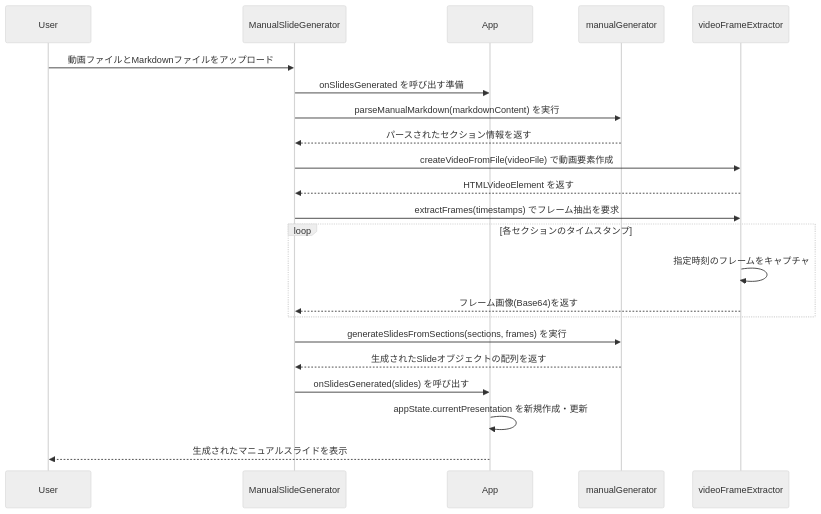
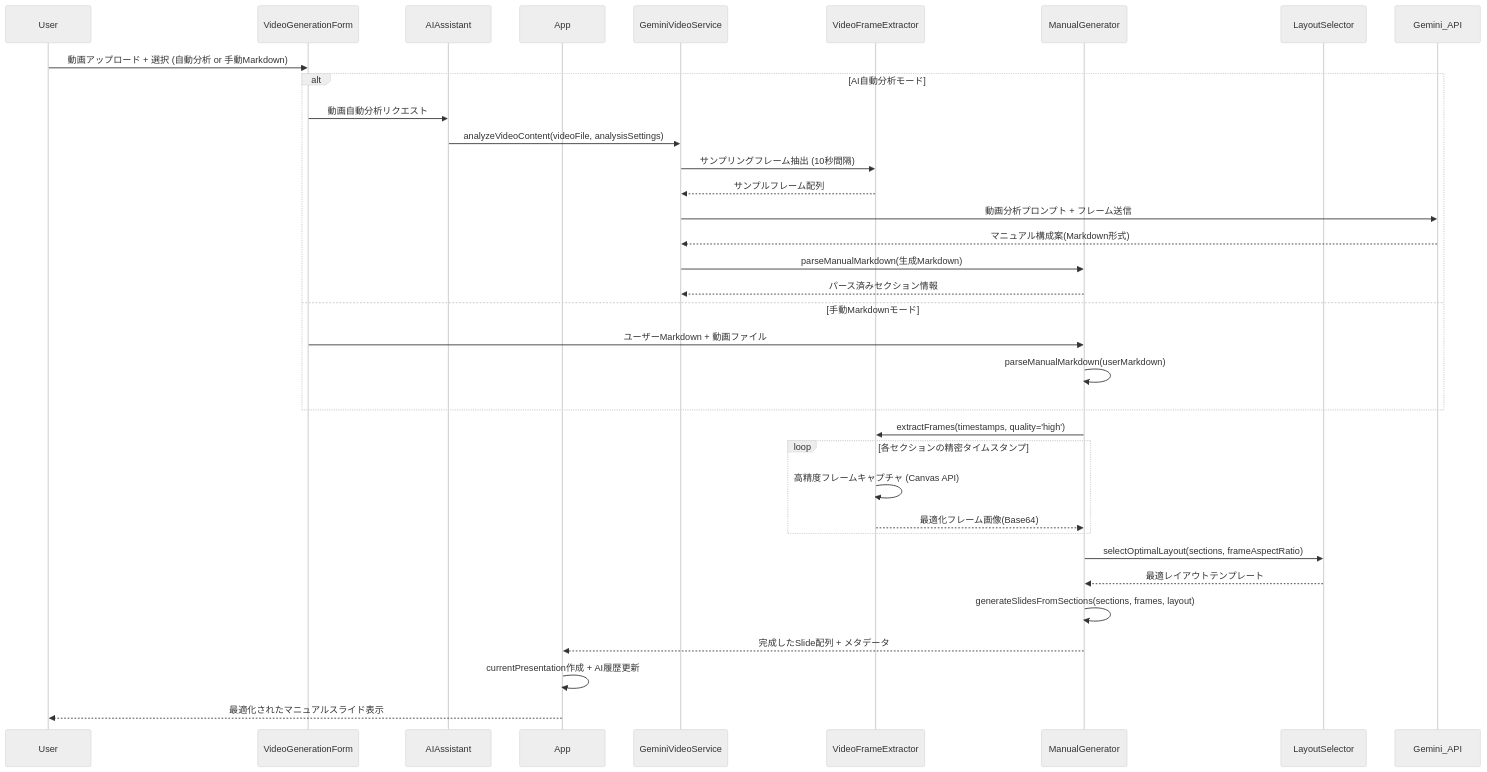
Before and after one commit to t2k2pp/SlideMaster: the third of 3 diagrams in docs/03_Detailed_Design.md, drawn with Mermaid (neutral theme). The commit also changed other lines of this file and 8 other files, not shown here.

````diff
--- a/docs/03_Detailed_Design.md
+++ b/docs/03_Detailed_Design.md
@@ -93,25 +314,47 @@
 ```mermaid
 sequenceDiagram
     participant User
-    participant ManualSlideGenerator
+    participant VideoGenerationForm
+    participant AIAssistant
     participant App
-    participant manualGenerator
-    participant videoFrameExtractor
+    participant GeminiVideoService
+    participant VideoFrameExtractor
+    participant ManualGenerator
+    participant LayoutSelector
+    participant Gemini_API
 
-    User->>ManualSlideGenerator: 動画ファイルとMarkdownファイルをアップロード
-    ManualSlideGenerator->>App: onSlidesGenerated を呼び出す準備
-    ManualSlideGenerator->>manualGenerator: parseManualMarkdown(markdownContent) を実行
-    manualGenerator-->>ManualSlideGenerator: パースされたセクション情報を返す
-    ManualSlideGenerator->>videoFrameExtractor: createVideoFromFile(videoFile) で動画要素作成
-    videoFrameExtractor-->>ManualSlideGenerator: HTMLVideoElement を返す
-    ManualSlideGenerator->>videoFrameExtractor: extractFrames(timestamps) でフレーム抽出を要求
-    loop 各セクションのタイムスタンプ
-        videoFrameExtractor->>videoFrameExtractor: 指定時刻のフレームをキャプチャ
-        videoFrameExtractor-->>ManualSlideGenerator: フレーム画像(Base64)を返す
+    User->>VideoGenerationForm: 動画アップロード + 選択 (自動分析 or 手動Markdown)
+    
+    alt AI自動分析モード
+        VideoGenerationForm->>AIAssistant: 動画自動分析リクエスト
+        AIAssistant->>GeminiVideoService: analyzeVideoContent(videoFile, analysisSettings)
+        
+        GeminiVideoService->>VideoFrameExtractor: サンプリングフレーム抽出 (10秒間隔)
+        VideoFrameExtractor-->>GeminiVideoService: サンプルフレーム配列
+        
+        GeminiVideoService->>Gemini_API: 動画分析プロンプト + フレーム送信
+        Gemini_API-->>GeminiVideoService: マニュアル構成案(Markdown形式)
+        
+        GeminiVideoService->>ManualGenerator: parseManualMarkdown(生成Markdown)
+        ManualGenerator-->>GeminiVideoService: パース済みセクション情報
+        
+    else 手動Markdownモード
+        VideoGenerationForm->>ManualGenerator: ユーザーMarkdown + 動画ファイル
+        ManualGenerator->>ManualGenerator: parseManualMarkdown(userMarkdown)
     end
-    ManualSlideGenerator->>manualGenerator: generateSlidesFromSections(sections, frames) を実行
-    manualGenerator-->>ManualSlideGenerator: 生成されたSlideオブジェクトの配列を返す
-    ManualSlideGenerator->>App: onSlidesGenerated(slides) を呼び出す
-    App->>App: appState.currentPresentation を新規作成・更新
-    App-->>User: 生成されたマニュアルスライドを表示
+    
+    ManualGenerator->>VideoFrameExtractor: extractFrames(timestamps, quality='high')
+    loop 各セクションの精密タイムスタンプ
+        VideoFrameExtractor->>VideoFrameExtractor: 高精度フレームキャプチャ (Canvas API)
+        VideoFrameExtractor-->>ManualGenerator: 最適化フレーム画像(Base64)
+    end
+    
+    ManualGenerator->>LayoutSelector: selectOptimalLayout(sections, frameAspectRatio)
+    LayoutSelector-->>ManualGenerator: 最適レイアウトテンプレート
+    
+    ManualGenerator->>ManualGenerator: generateSlidesFromSections(sections, frames, layout)
+    ManualGenerator-->>App: 完成したSlide配列 + メタデータ
+    
+    App->>App: currentPresentation作成 + AI履歴更新
+    App-->>User: 最適化されたマニュアルスライド表示
 ```
````
